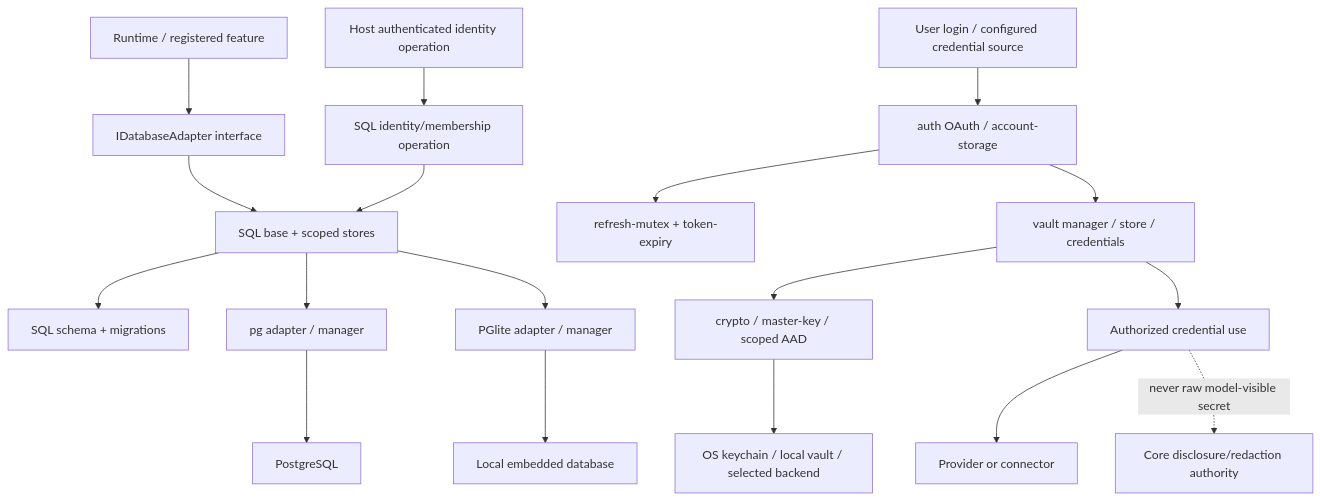
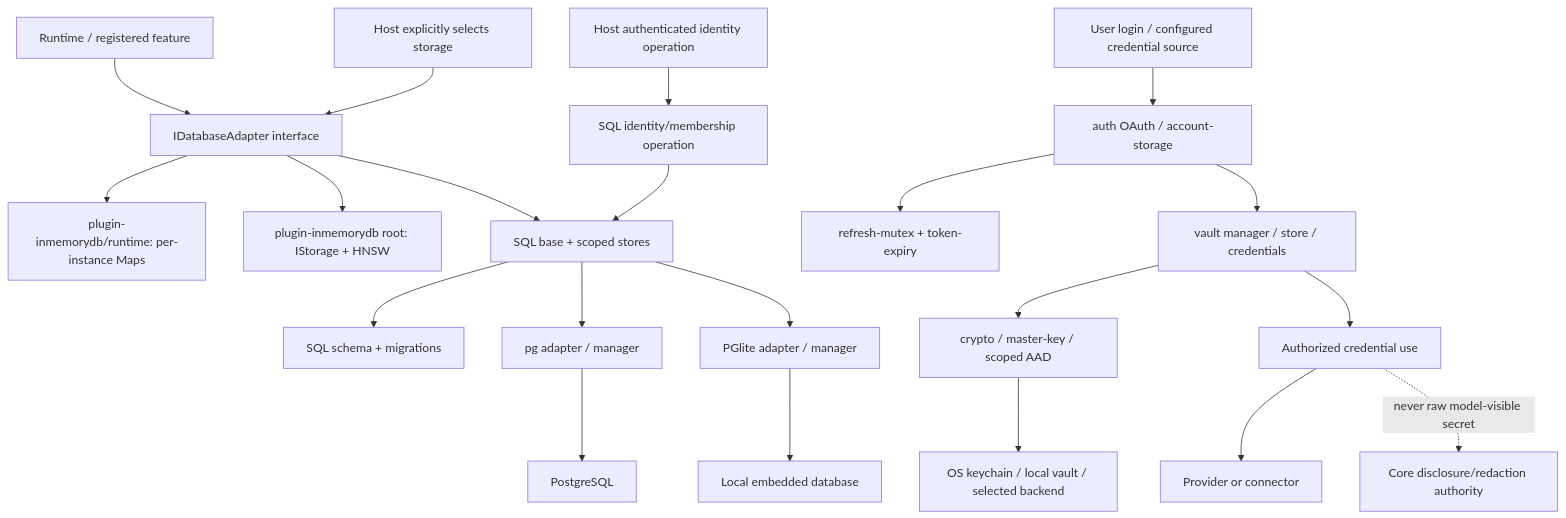
Before and after one commit to elizaOS/eliza: the fifth of 7 diagrams in docs/design/runtime-consolidation/FLOWS.md, drawn with Mermaid. The commit also changed other lines of this file and 203 other files, not shown here.

Commit message:
refactor(core): require explicit plugin-owned ephemeral storage

````diff
--- a/docs/design/runtime-consolidation/FLOWS.md
+++ b/docs/design/runtime-consolidation/FLOWS.md
@@ -127,20 +127,23 @@
 ```mermaid
 flowchart TD
     DOMAIN[Runtime / registered feature] --> DB[IDatabaseAdapter interface]
+    HOST[Host explicitly selects storage] --> DB
+    DB --> MEM[plugin-inmemorydb/runtime: per-instance Maps]
+    DB --> SHARED[plugin-inmemorydb root: IStorage + HNSW]
     DB --> S4[SQL base + scoped stores]
     S4 --> SCHEMA[SQL schema + migrations]
     S4 --> PG[pg adapter / manager]
     S4 --> PGL[PGlite adapter / manager]
     PG --> DISK1[PostgreSQL]
     PGL --> DISK2[Local embedded database]
     IDENT[Host authenticated identity operation] --> IDOP[SQL identity/membership operation]
     IDOP --> S4
     USER[User login / configured credential source] --> C1[auth OAuth / account-storage]
     C1 --> C2[refresh-mutex + token-expiry]
     C1 --> C3[vault manager / store / credentials]
     C3 --> C4[crypto / master-key / scoped AAD]
     C4 --> BACKEND[OS keychain / local vault / selected backend]
     C3 --> C5[Authorized credential use]
     C5 --> PROVIDER[Provider or connector]
     C5 -. never raw model-visible secret .-> POLICY[Core disclosure/redaction authority]
 ```
````
